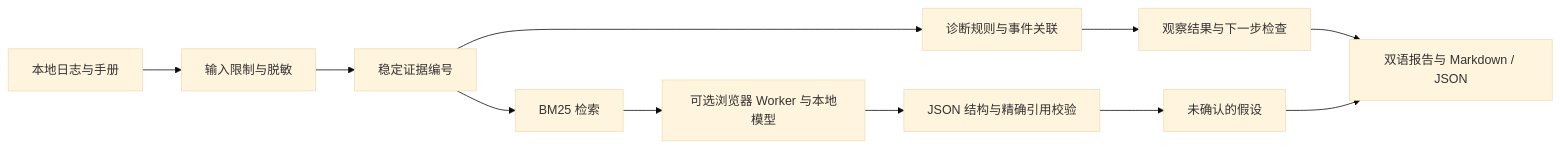
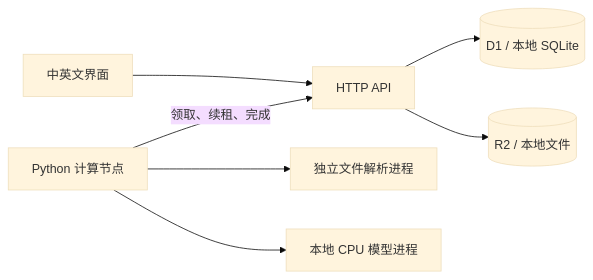
The diagram in docs/ARCHITECTURE.zh-CN.md (Kuang-xianxin/quote-review), drawn with Mermaid (base theme) before and after one commit. The commit also changed other lines of this file and 73 other files, not shown here.

````diff
--- a/docs/ARCHITECTURE.zh-CN.md
+++ b/docs/ARCHITECTURE.zh-CN.md
@@ -7,13 +5,9 @@
 ```mermaid
 flowchart LR
-  A[本地日志与手册] --> B[输入限制与脱敏]
-  B --> C[稳定证据编号]
-  C --> D[诊断规则与事件关联]
-  C --> E[BM25 检索]
-  D --> F[观察结果与下一步检查]
-  E --> G[可选浏览器 Worker 与本地模型]
-  G --> H[JSON 结构与精确引用校验]
-  H --> I[未确认的假设]
-  F --> J[双语报告与 Markdown / JSON]
-  I --> J
+  A[中英文界面] --> B[HTTP API]
+  B --> C[(D1 / 本地 SQLite)]
+  B --> D[(R2 / 本地文件)]
+  E[Python 计算节点] -->|领取、续租、完成| B
+  E --> F[独立文件解析进程]
+  E --> G[本地 CPU 模型进程]
 ```
````
